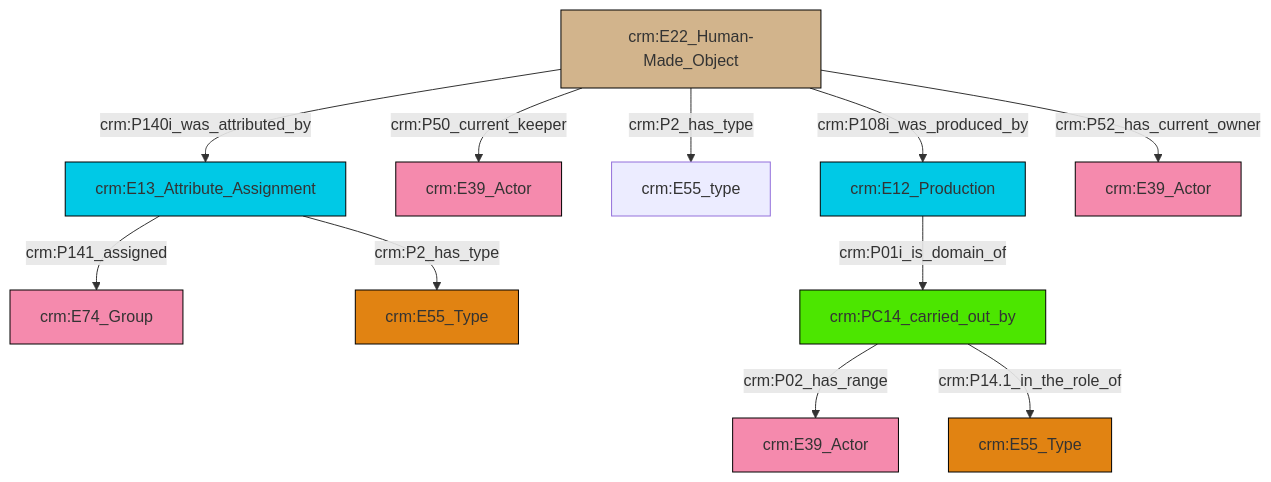
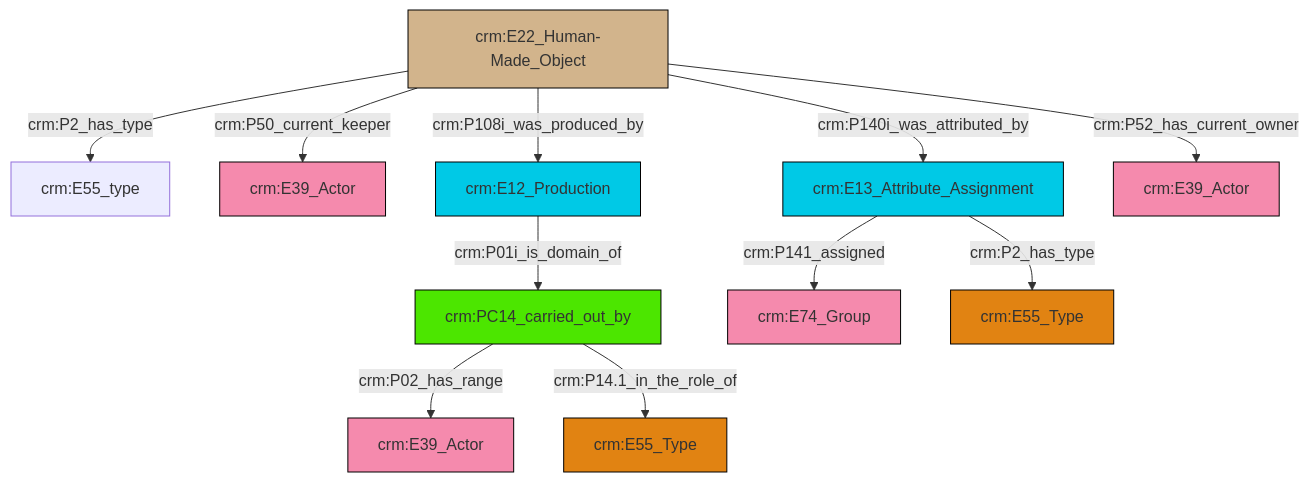
The diagram in et/artworkCSV/ttl/mmd/Artwork_Actor_Relations.ttl.mmd (swiss-art-research-net/docs.swissartresearch), drawn with Mermaid before and after one commit. The commit also changed 171 other files, not shown here.

```diff
--- a/et/artworkCSV/ttl/mmd/Artwork_Actor_Relations.ttl.mmd
+++ b/et/artworkCSV/ttl/mmd/Artwork_Actor_Relations.ttl.mmd
@@ -1,25 +1,25 @@
 graph TD
 classDef Literal fill:#f2f2f2,stroke:#000000;
 classDef CRM_Entity fill:#FFFFFF,stroke:#000000;
 classDef Temporal_Entity fill:#00C9E6, stroke:#000000;
 classDef Type fill:#E18312, stroke:#000000;
 classDef Time-Span fill:#2C9C91, stroke:#000000;
 classDef Appellation fill:#FFEB7F, stroke:#000000;
 classDef Place fill:#008836, stroke:#000000;
 classDef Persistent_Item fill:#B266B2, stroke:#000000;
 classDef Conceptual_Object fill:#FFD700, stroke:#000000;
 classDef Physical_Thing fill:#D2B48C, stroke:#000000;
 classDef Actor fill:#f58aad, stroke:#000000;
 classDef PC_Classes fill:#4ce600, stroke:#000000;
 classDef Multi fill:#cccccc,stroke:#000000;
 
-0["crm:E13_Attribute_Assignment"]:::Temporal_Entity -->|crm:P141_assigned| 1["crm:E74_Group"]:::Actor
-5["crm:E22_Human-Made_Object"]:::Physical_Thing -->|crm:P140i_was_attributed_by| 0["crm:E13_Attribute_Assignment"]:::Temporal_Entity
-5["crm:E22_Human-Made_Object"]:::Physical_Thing -->|crm:P50_current_keeper| 6["crm:E39_Actor"]:::Actor
-5["crm:E22_Human-Made_Object"]:::Physical_Thing -->|crm:P2_has_type| 7["crm:E55_type"]:::Default
-10["crm:E12_Production"]:::Temporal_Entity -->|crm:P01i_is_domain_of| 11["crm:PC14_carried_out_by"]:::PC_Classes
-5["crm:E22_Human-Made_Object"]:::Physical_Thing -->|crm:P108i_was_produced_by| 10["crm:E12_Production"]:::Temporal_Entity
-11["crm:PC14_carried_out_by"]:::PC_Classes -->|crm:P02_has_range| 14["crm:E39_Actor"]:::Actor
-0["crm:E13_Attribute_Assignment"]:::Temporal_Entity -->|crm:P2_has_type| 2["crm:E55_Type"]:::Type
-5["crm:E22_Human-Made_Object"]:::Physical_Thing -->|crm:P52_has_current_owner| 21["crm:E39_Actor"]:::Actor
-11["crm:PC14_carried_out_by"]:::PC_Classes -->|crm:P14.1_in_the_role_of| 8["crm:E55_Type"]:::Type
+2["crm:E12_Production"]:::Temporal_Entity -->|crm:P01i_is_domain_of| 3["crm:PC14_carried_out_by"]:::PC_Classes
+4["crm:E13_Attribute_Assignment"]:::Temporal_Entity -->|crm:P141_assigned| 5["crm:E74_Group"]:::Actor
+9["crm:E22_Human-Made_Object"]:::Physical_Thing -->|crm:P2_has_type| 10["crm:E55_type"]:::Default
+9["crm:E22_Human-Made_Object"]:::Physical_Thing -->|crm:P50_current_keeper| 11["crm:E39_Actor"]:::Actor
+3["crm:PC14_carried_out_by"]:::PC_Classes -->|crm:P02_has_range| 15["crm:E39_Actor"]:::Actor
+9["crm:E22_Human-Made_Object"]:::Physical_Thing -->|crm:P108i_was_produced_by| 2["crm:E12_Production"]:::Temporal_Entity
+4["crm:E13_Attribute_Assignment"]:::Temporal_Entity -->|crm:P2_has_type| 0["crm:E55_Type"]:::Type
+3["crm:PC14_carried_out_by"]:::PC_Classes -->|crm:P14.1_in_the_role_of| 6["crm:E55_Type"]:::Type
+9["crm:E22_Human-Made_Object"]:::Physical_Thing -->|crm:P140i_was_attributed_by| 4["crm:E13_Attribute_Assignment"]:::Temporal_Entity
+9["crm:E22_Human-Made_Object"]:::Physical_Thing -->|crm:P52_has_current_owner| 19["crm:E39_Actor"]:::Actor
```
